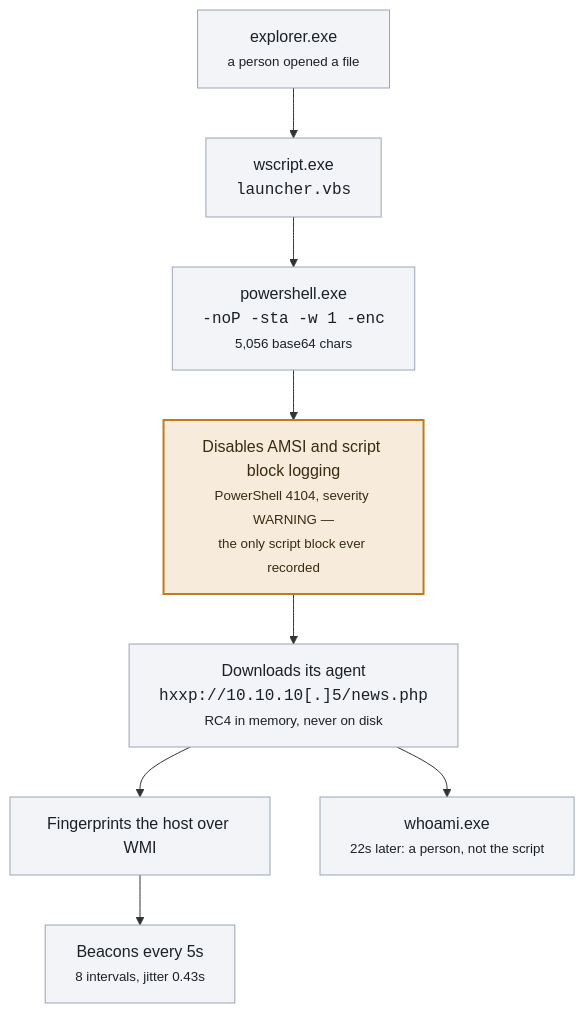
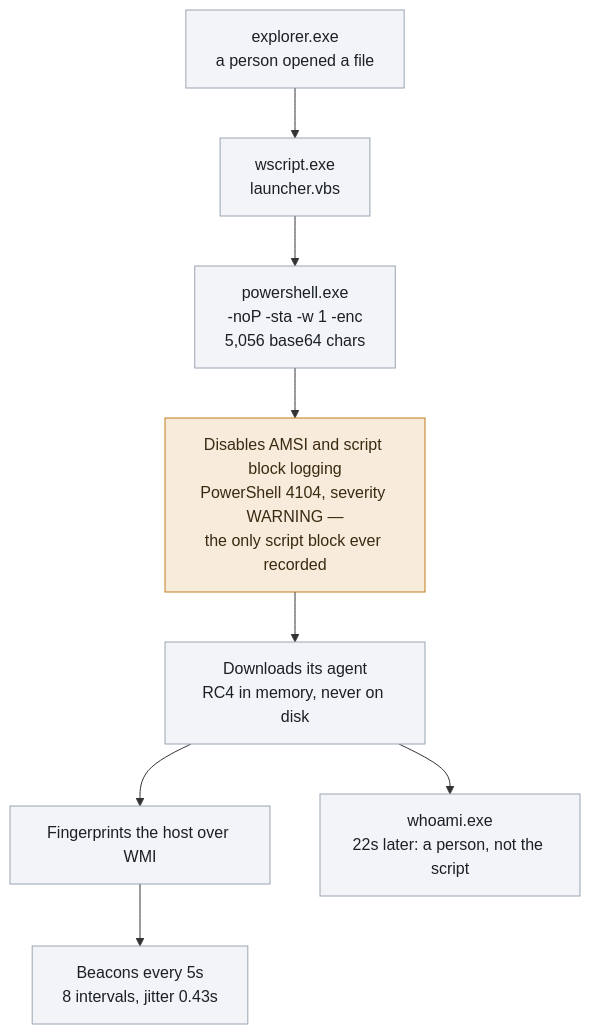
Before and after one commit to junting9817/endpoint-detection: the first of 3 diagrams in README.md, drawn with Mermaid. The commit also changed other lines of this file, not shown here.

````diff
--- a/README.md
+++ b/README.md
@@ -15,15 +20,15 @@
 ```mermaid
 flowchart TD
-    E["explorer.exe<br/><small>a person opened a file</small>"] --> W["wscript.exe<br/><code>launcher.vbs</code>"]
-    W --> P["powershell.exe<br/><code>-noP -sta -w 1 -enc</code><br/><small>5,056 base64 chars</small>"]
-    P --> T["Disables AMSI and script block logging<br/><small>PowerShell 4104, severity WARNING —<br/>the only script block ever recorded</small>"]
-    T --> C["Downloads its agent<br/><code>hxxp://10.10.10[.]5/news.php</code><br/><small>RC4 in memory, never on disk</small>"]
+    E["explorer.exe<br/>a person opened a file"] --> W["wscript.exe<br/>launcher.vbs"]
+    W --> P["powershell.exe<br/>-noP -sta -w 1 -enc<br/>5,056 base64 chars"]
+    P --> T["Disables AMSI and script block logging<br/>PowerShell 4104, severity WARNING —<br/>the only script block ever recorded"]
+    T --> C["Downloads its agent<br/>RC4 in memory, never on disk"]
     C --> D["Fingerprints the host over WMI"]
-    D --> B["Beacons every 5s<br/><small>8 intervals, jitter 0.43s</small>"]
-    C --> Q["whoami.exe<br/><small>22s later: a person, not the script</small>"]
+    D --> B["Beacons every 5s<br/>8 intervals, jitter 0.43s"]
+    C --> Q["whoami.exe<br/>22s later: a person, not the script"]
 
-    classDef warn fill:#f7ecdc,stroke:#c07c1c,stroke-width:2px,color:#3a2a10;
+    classDef warn fill:#f7ecdc,stroke:#c07c1c,color:#3a2a10;
     classDef norm fill:#f2f4f7,stroke:#9aa5b4,color:#1b2027;
     class T warn;
     class E,W,P,C,D,B,Q norm;
 ```
````
